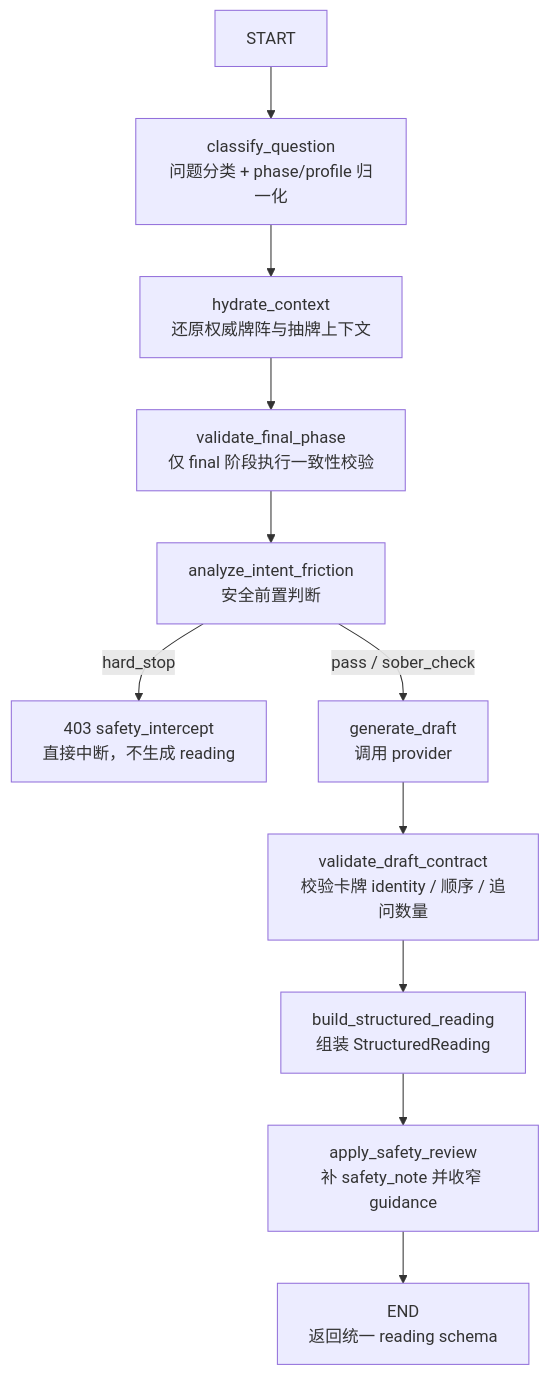
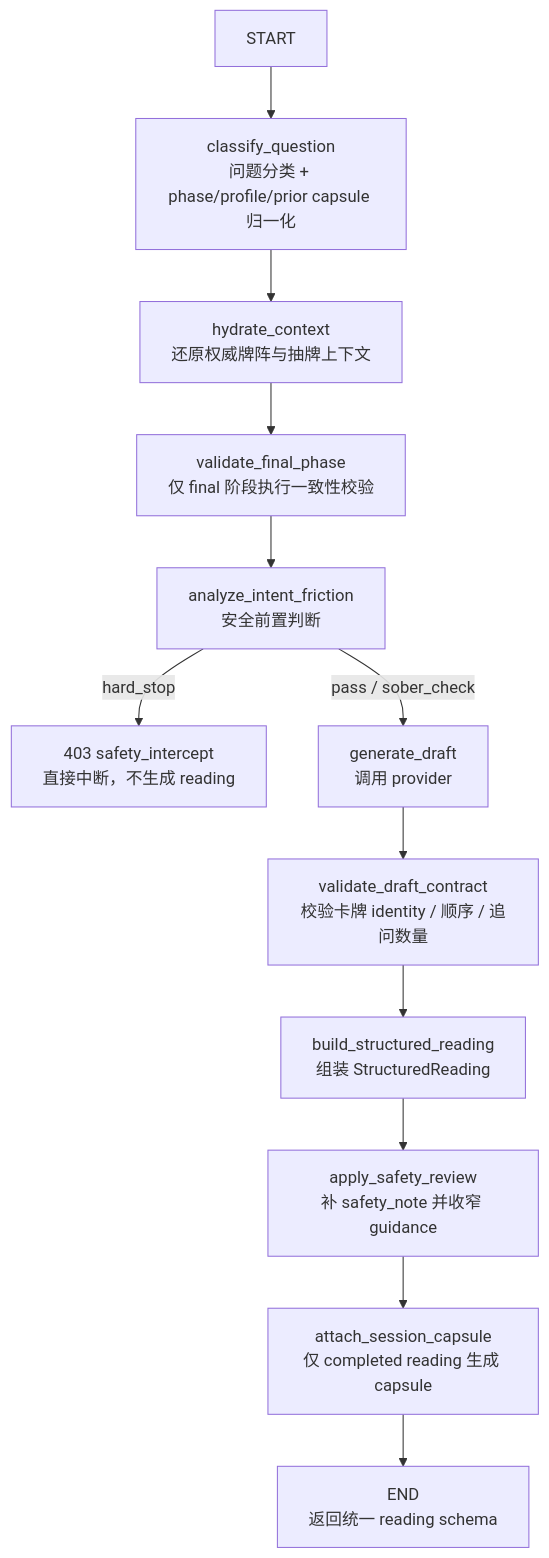
The first of 2 diagrams in docs/30-agent/langgraph-reading-workflow.md (A1S4kuR4/AetherTarot), drawn with Mermaid before and after one commit. The commit also changed other lines of this file and 22 other files, not shown here.

````diff
--- a/docs/30-agent/langgraph-reading-workflow.md
+++ b/docs/30-agent/langgraph-reading-workflow.md
@@ -102,13 +103,14 @@
 ```mermaid
 flowchart TD
-    A["START"] --> B["classify_question<br/>问题分类 + phase/profile 归一化"]
+    A["START"] --> B["classify_question<br/>问题分类 + phase/profile/prior capsule 归一化"]
     B --> C["hydrate_context<br/>还原权威牌阵与抽牌上下文"]
     C --> D["validate_final_phase<br/>仅 final 阶段执行一致性校验"]
     D --> E["analyze_intent_friction<br/>安全前置判断"]
     E -->|hard_stop| X["403 safety_intercept<br/>直接中断，不生成 reading"]
     E -->|pass / sober_check| F["generate_draft<br/>调用 provider"]
     F --> G["validate_draft_contract<br/>校验卡牌 identity / 顺序 / 追问数量"]
     G --> H["build_structured_reading<br/>组装 StructuredReading"]
     H --> I["apply_safety_review<br/>补 safety_note 并收窄 guidance"]
-    I --> J["END<br/>返回统一 reading schema"]
+    I --> J["attach_session_capsule<br/>仅 completed reading 生成 capsule"]
+    J --> K["END<br/>返回统一 reading schema"]
 ```
````
